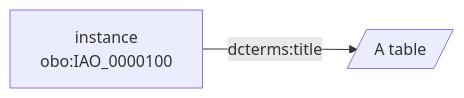
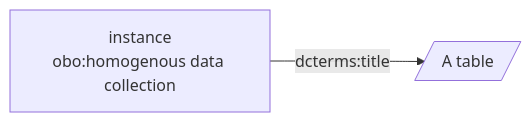
The diagram in generated/datasets/TabularDataset.pmdco.mmd (OO-LD/oold-reference-schemas), drawn with Mermaid before and after one commit. The commit also changed 12 other files, not shown here.

```diff
--- a/generated/datasets/TabularDataset.pmdco.mmd
+++ b/generated/datasets/TabularDataset.pmdco.mmd
@@ -1,4 +1,4 @@
 flowchart LR
-  n0["instance<br>obo:IAO_0000100"]
+  n0["instance<br>obo:homogenous data collection"]
   n1[/"A table"/]
   n0 -->|dcterms:title| n1
```
